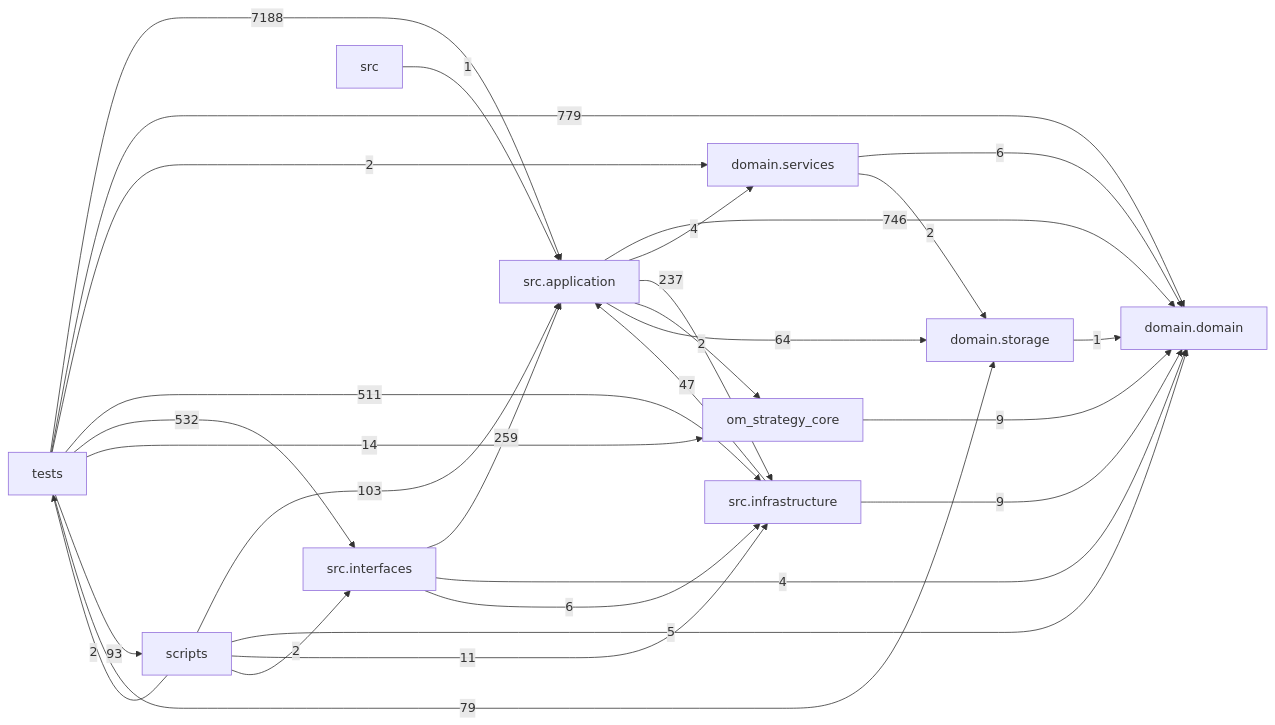
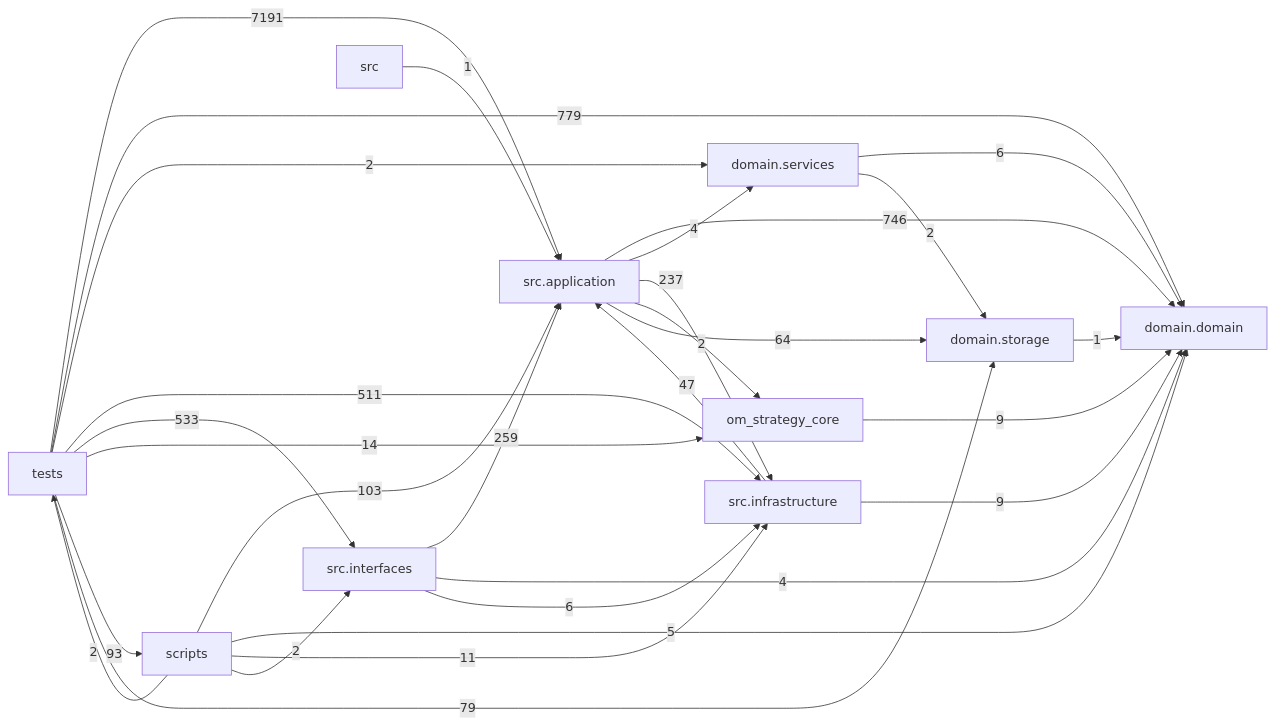
Before and after one commit to liuxie066/options-monitor: the diagram in docs/DEPENDENCY_GRAPH.md, drawn with Mermaid. The commit also changed other lines of this file and 5 other files, not shown here.

````diff
--- a/docs/DEPENDENCY_GRAPH.md
+++ b/docs/DEPENDENCY_GRAPH.md
@@ -24,39 +24,39 @@
 ```mermaid
 flowchart LR
   tests["tests"]
   scripts["scripts"]
   interfaces["src.interfaces"]
   application["src.application"]
   infrastructure["src.infrastructure"]
   domain_services["domain.services"]
   domain["domain.domain"]
   storage["domain.storage"]
   application -->|746| domain
   application -->|4| domain_services
   application -->|237| infrastructure
   application -->|2| om_strategy_core
   application -->|64| storage
   domain_services -->|6| domain
   domain_services -->|2| storage
   infrastructure -->|47| application
   infrastructure -->|9| domain
   interfaces -->|259| application
   interfaces -->|4| domain
   interfaces -->|6| infrastructure
   om_strategy_core -->|9| domain
   scripts -->|103| application
   scripts -->|5| domain
   scripts -->|11| infrastructure
   scripts -->|2| interfaces
   scripts -->|2| tests
   src -->|1| application
   storage -->|1| domain
-  tests -->|7188| application
+  tests -->|7191| application
   tests -->|779| domain
   tests -->|2| domain_services
   tests -->|511| infrastructure
-  tests -->|532| interfaces
+  tests -->|533| interfaces
   tests -->|14| om_strategy_core
   tests -->|93| scripts
   tests -->|79| storage
 ```
````
